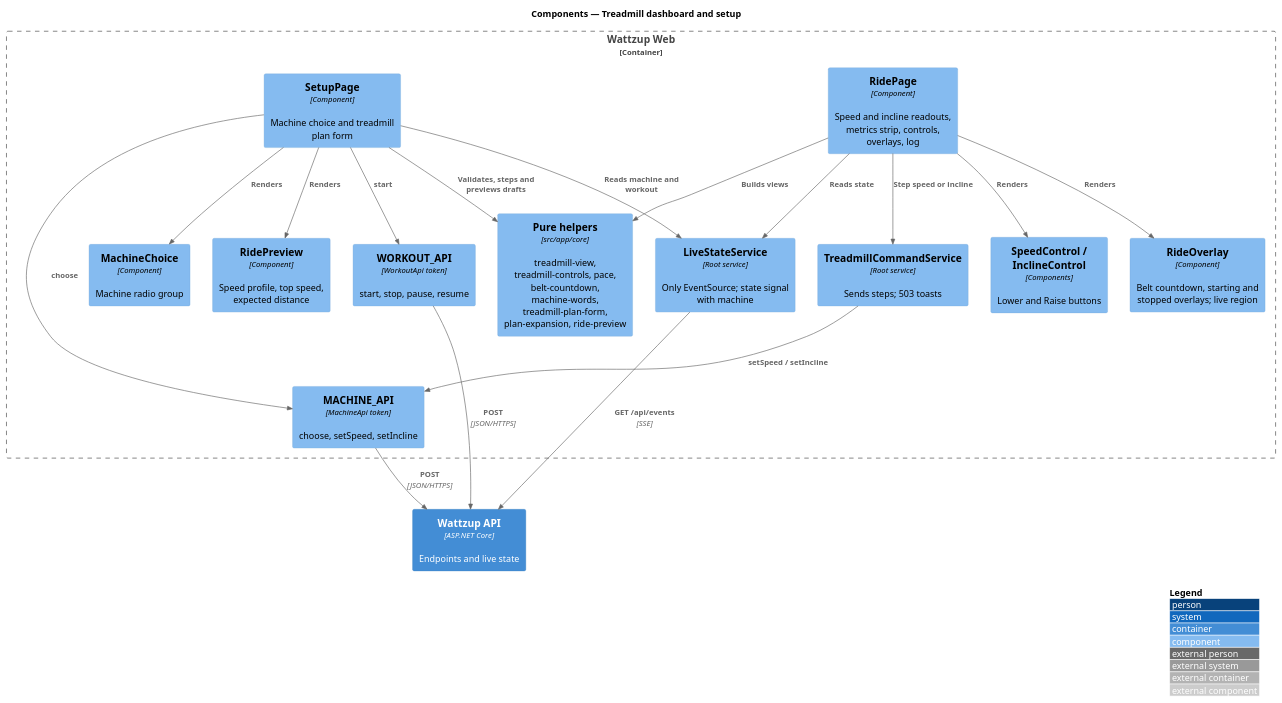
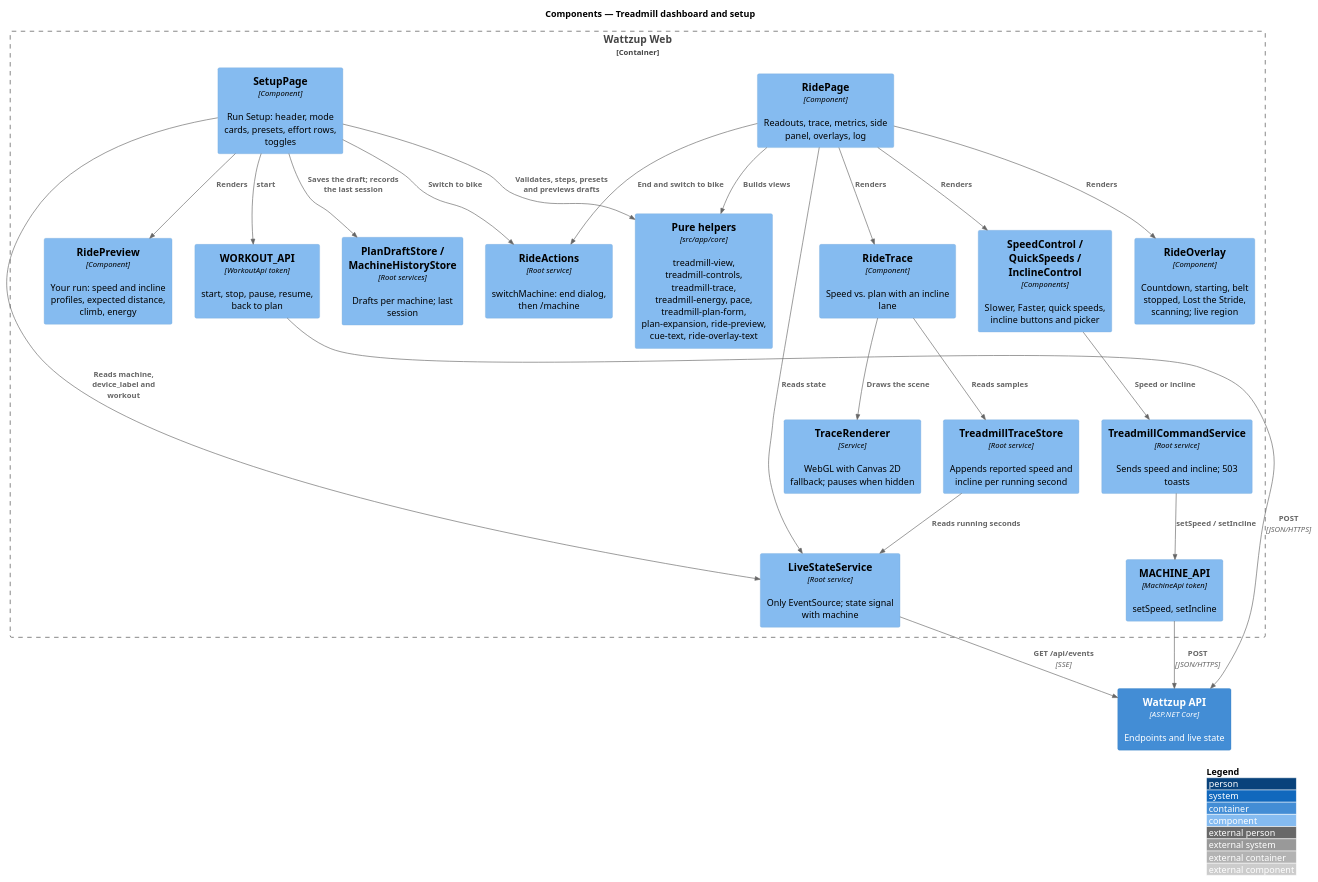
One commit to QuinntyneBrown/ride-one changed the diagram in docs/detailed-designs/treadmill/treadmill-dashboard-and-setup/diagrams/c4-component.puml. Above: the diagram before and after it, drawn with PlantUML. The commit also changed 151 other files, not shown here.

First line of the commit message:
Align the treadmill specs, mocks and designs with the Run frames

```diff
--- a/docs/detailed-designs/treadmill/treadmill-dashboard-and-setup/diagrams/c4-component.puml
+++ b/docs/detailed-designs/treadmill/treadmill-dashboard-and-setup/diagrams/c4-component.puml
@@ -1,36 +1,45 @@
 @startuml
 !include <C4/C4_Component>
 LAYOUT_WITH_LEGEND()
 title Components — Treadmill dashboard and setup
 
 Container_Boundary(web, "Wattzup Web") {
   Component(live, "LiveStateService", "Root service", "Only EventSource; state signal with machine")
-  Component(ride, "RidePage", "Component", "Speed and incline readouts, metrics strip, controls, overlays, log")
-  Component(controls, "SpeedControl / InclineControl", "Components", "Lower and Raise buttons")
-  Component(overlay, "RideOverlay", "Component", "Belt countdown, starting and stopped overlays; live region")
-  Component(setup, "SetupPage", "Component", "Machine choice and treadmill plan form")
-  Component(choice, "MachineChoice", "Component", "Machine radio group")
-  Component(preview, "RidePreview", "Component", "Speed profile, top speed, expected distance")
-  Component(helpers, "Pure helpers", "src/app/core", "treadmill-view, treadmill-controls, pace, belt-countdown, machine-words, treadmill-plan-form, plan-expansion, ride-preview")
-  Component(cmds, "TreadmillCommandService", "Root service", "Sends steps; 503 toasts")
-  Component(machineApi, "MACHINE_API", "MachineApi token", "choose, setSpeed, setIncline")
-  Component(workoutApi, "WORKOUT_API", "WorkoutApi token", "start, stop, pause, resume")
+  Component(ride, "RidePage", "Component", "Readouts, trace, metrics, side panel, overlays, log")
+  Component(controls, "SpeedControl / QuickSpeeds / InclineControl", "Components", "Slower, Faster, quick speeds, incline buttons and picker")
+  Component(trace, "RideTrace", "Component", "Speed vs. plan with an incline lane")
+  Component(renderer, "TraceRenderer", "Service", "WebGL with Canvas 2D fallback; pauses when hidden")
+  Component(traceStore, "TreadmillTraceStore", "Root service", "Appends reported speed and incline per running second")
+  Component(overlay, "RideOverlay", "Component", "Countdown, starting, belt stopped, Lost the Stride, scanning; live region")
+  Component(setup, "SetupPage", "Component", "Run Setup: header, mode cards, presets, effort rows, toggles")
+  Component(preview, "RidePreview", "Component", "Your run: speed and incline profiles, expected distance, climb, energy")
+  Component(helpers, "Pure helpers", "src/app/core", "treadmill-view, treadmill-controls, treadmill-trace, treadmill-energy, pace, treadmill-plan-form, plan-expansion, ride-preview, cue-text, ride-overlay-text")
+  Component(cmds, "TreadmillCommandService", "Root service", "Sends speed and incline; 503 toasts")
+  Component(stores, "PlanDraftStore / MachineHistoryStore", "Root services", "Drafts per machine; last session")
+  Component(actions, "RideActions", "Root service", "switchMachine: end dialog, then /machine")
+  Component(machineApi, "MACHINE_API", "MachineApi token", "setSpeed, setIncline")
+  Component(workoutApi, "WORKOUT_API", "WorkoutApi token", "start, stop, pause, resume, back to plan")
 }
 Container(api, "Wattzup API", "ASP.NET Core", "Endpoints and live state")
 
 Rel(ride, live, "Reads state")
-Rel(setup, live, "Reads machine and workout")
+Rel(setup, live, "Reads machine, device_label and workout")
 Rel(ride, helpers, "Builds views")
-Rel(setup, helpers, "Validates, steps and previews drafts")
+Rel(setup, helpers, "Validates, steps, presets and previews drafts")
 Rel(ride, controls, "Renders")
+Rel(ride, trace, "Renders")
+Rel(trace, traceStore, "Reads samples")
+Rel(traceStore, live, "Reads running seconds")
+Rel(trace, renderer, "Draws the scene")
 Rel(ride, overlay, "Renders")
-Rel(setup, choice, "Renders")
 Rel(setup, preview, "Renders")
-Rel(ride, cmds, "Step speed or incline")
+Rel(setup, stores, "Saves the draft; records the last session")
+Rel(ride, actions, "End and switch to bike")
+Rel(setup, actions, "Switch to bike")
+Rel(controls, cmds, "Speed or incline")
 Rel(cmds, machineApi, "setSpeed / setIncline")
-Rel(setup, machineApi, "choose")
 Rel(setup, workoutApi, "start")
 Rel(machineApi, api, "POST", "JSON/HTTPS")
 Rel(workoutApi, api, "POST", "JSON/HTTPS")
 Rel(live, api, "GET /api/events", "SSE")
 @enduml
```
